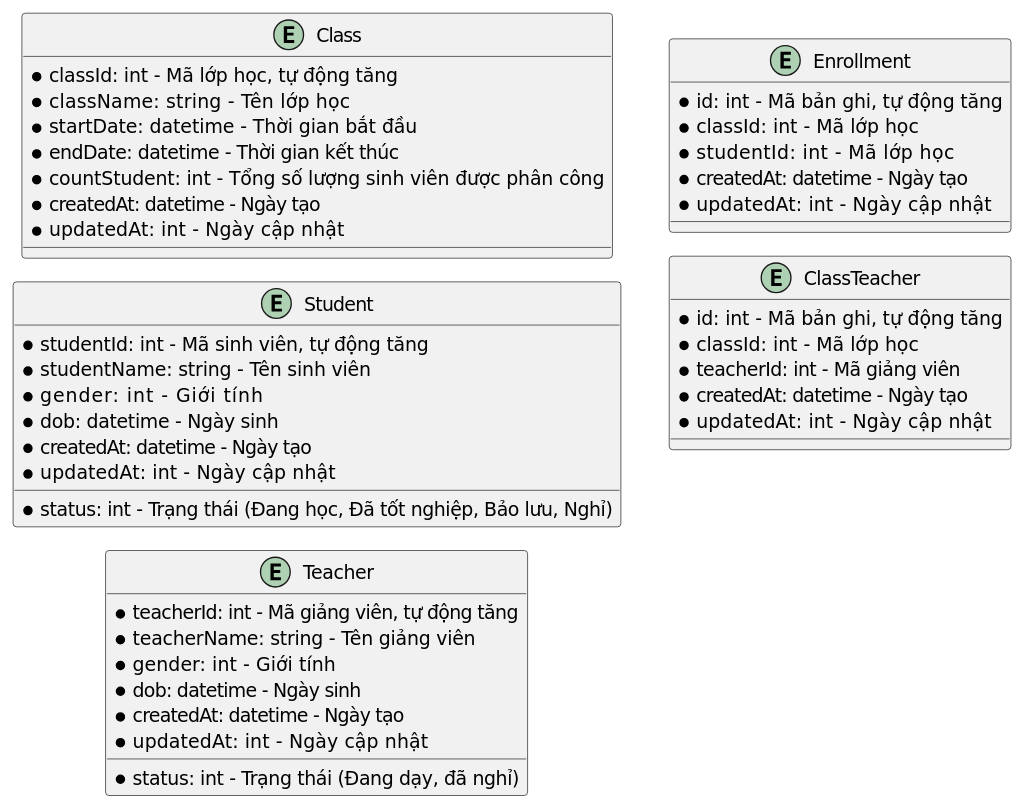
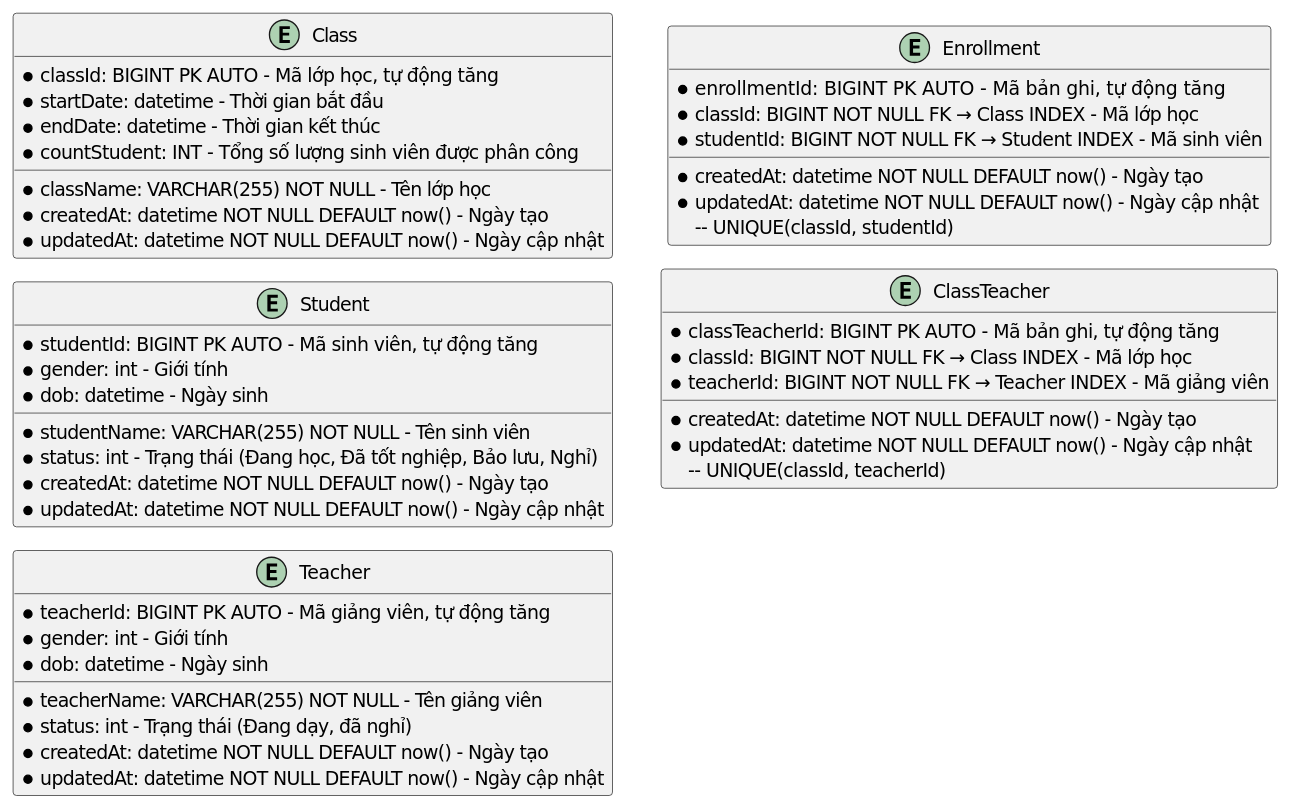
One commit to alvinnguyen9820-prog/TestPUML changed the diagram in 3.ldm.puml. Above: the diagram before and after it, drawn with PlantUML. The commit also changed 4 other files, not shown here.

```diff
--- a/3.ldm.puml
+++ b/3.ldm.puml
@@ -1,52 +1,54 @@
 @startuml ldm
 !pragma layout smetana
 left to right direction
 entity Class
 entity Student
 entity Teacher
 entity Enrollment
 entity ClassTeacher
 entity Class {
-  * classId: int    - Mã lớp học, tự động tăng
-  * className: string      - Tên lớp học
-  * startDate: datetime      - Thời gian bắt đầu
-  * endDate: datetime   - Thời gian kết thúc
-  * countStudent: int      - Tổng số lượng sinh viên được phân công
-  * createdAt: datetime - Ngày tạo
-  * updatedAt: int      - Ngày cập nhật
+  * classId: BIGINT PK AUTO - Mã lớp học, tự động tăng
+  * className: VARCHAR(255) NOT NULL - Tên lớp học
+  * startDate: datetime - Thời gian bắt đầu
+  * endDate: datetime - Thời gian kết thúc
+  * countStudent: INT - Tổng số lượng sinh viên được phân công
+  * createdAt: datetime NOT NULL DEFAULT now() - Ngày tạo
+  * updatedAt: datetime NOT NULL DEFAULT now() - Ngày cập nhật
 
 }
 entity Student {
-  * studentId: int    - Mã sinh viên, tự động tăng
-  * studentName: string    - Tên sinh viên
-  * gender: int        - Giới tính
-  * dob: datetime   - Ngày sinh
-  * status: int    - Trạng thái (Đang học, Đã tốt nghiệp, Bảo lưu, Nghỉ)
-  * createdAt: datetime - Ngày tạo
-  * updatedAt: int      - Ngày cập nhật
+  * studentId: BIGINT PK AUTO - Mã sinh viên, tự động tăng
+  * studentName: VARCHAR(255) NOT NULL - Tên sinh viên
+  * gender: int - Giới tính
+  * dob: datetime - Ngày sinh
+  * status: int - Trạng thái (Đang học, Đã tốt nghiệp, Bảo lưu, Nghỉ)
+  * createdAt: datetime NOT NULL DEFAULT now() - Ngày tạo
+  * updatedAt: datetime NOT NULL DEFAULT now() - Ngày cập nhật
 }
 entity Teacher {
-  * teacherId: int - Mã giảng viên, tự động tăng
-  * teacherName: string    - Tên giảng viên
-  * gender: int    - Giới tính
+  * teacherId: BIGINT PK AUTO - Mã giảng viên, tự động tăng
+  * teacherName: VARCHAR(255) NOT NULL - Tên giảng viên
+  * gender: int - Giới tính
   * dob: datetime - Ngày sinh
-  * status: int    - Trạng thái (Đang dạy, đã nghỉ)
-  * createdAt: datetime - Ngày tạo
-  * updatedAt: int      - Ngày cập nhật
+  * status: int - Trạng thái (Đang dạy, đã nghỉ)
+  * createdAt: datetime NOT NULL DEFAULT now() - Ngày tạo
+  * updatedAt: datetime NOT NULL DEFAULT now() - Ngày cập nhật
 }
 entity Enrollment {
-  * id: int    - Mã bản ghi, tự động tăng
-  * classId: int    - Mã lớp học
-  * studentId: int      - Mã lớp học
-  * createdAt: datetime - Ngày tạo
-  * updatedAt: int      - Ngày cập nhật
+  * enrollmentId: BIGINT PK AUTO    - Mã bản ghi, tự động tăng
+  * classId: BIGINT NOT NULL FK → Class INDEX - Mã lớp học
+  * studentId: BIGINT NOT NULL FK → Student INDEX - Mã sinh viên
+  * createdAt: datetime NOT NULL DEFAULT now() - Ngày tạo
+  * updatedAt: datetime NOT NULL DEFAULT now() - Ngày cập nhật
+  -- UNIQUE(classId, studentId)
 }
 entity ClassTeacher {
-  * id: int    - Mã bản ghi, tự động tăng
-  * classId: int    - Mã lớp học
-  * teacherId: int  - Mã giảng viên
-  * createdAt: datetime - Ngày tạo
-  * updatedAt: int      - Ngày cập nhật
+  * classTeacherId: BIGINT PK AUTO - Mã bản ghi, tự động tăng
+  * classId: BIGINT NOT NULL FK → Class INDEX - Mã lớp học
+  * teacherId: BIGINT NOT NULL FK → Teacher INDEX - Mã giảng viên
+  * createdAt: datetime NOT NULL DEFAULT now() - Ngày tạo
+  * updatedAt: datetime NOT NULL DEFAULT now() - Ngày cập nhật
+  -- UNIQUE(classId, teacherId)
 }
 
 @enduml
```
